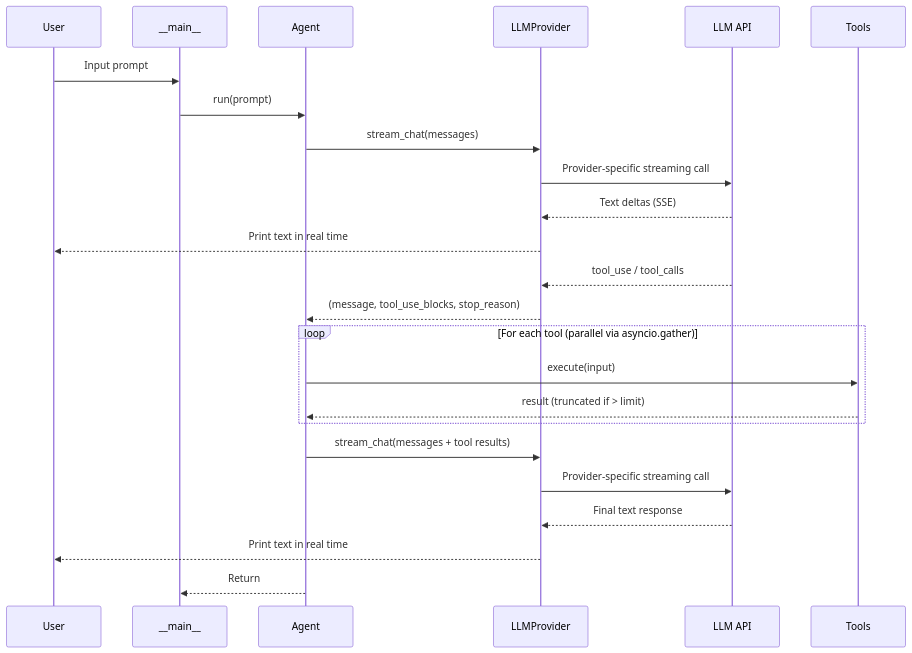
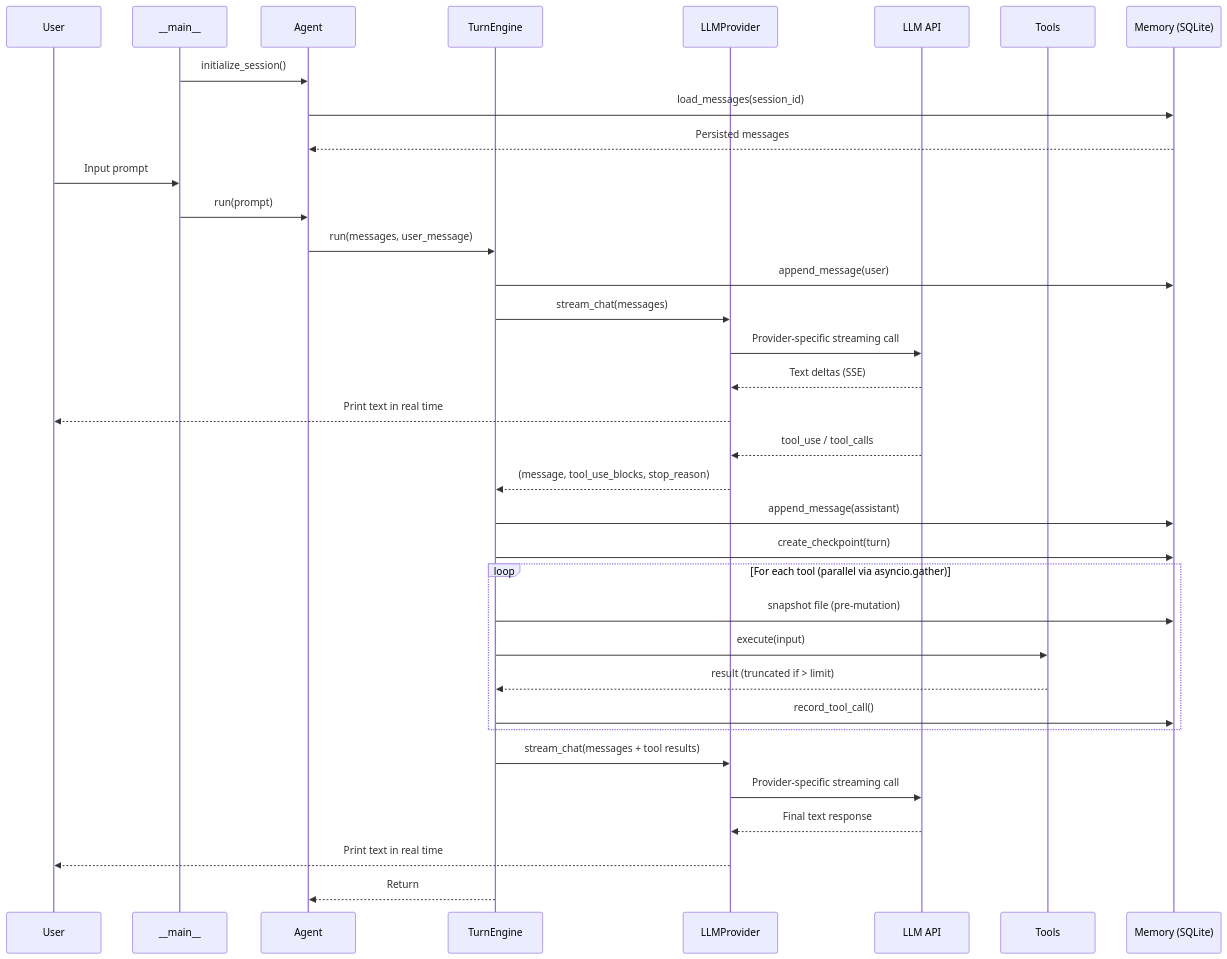
One commit to StephenDenisEdwards/micro-x-agent-loop-python changed the third of 3 diagrams in documentation/docs/architecture/SAD.md. Above: the diagram before and after it, drawn with Mermaid. The commit also changed other lines of this file and 2 other files, not shown here.

First line of the commit message:
docs: add memory system design doc, update tool system and SAD for current architecture

````diff
--- a/documentation/docs/architecture/SAD.md
+++ b/documentation/docs/architecture/SAD.md
@@ -147,29 +193,42 @@
 ```mermaid
 sequenceDiagram
     participant U as User
     participant M as __main__
     participant A as Agent
+    participant TE as TurnEngine
     participant P as LLMProvider
     participant API as LLM API
     participant T as Tools
+    participant Mem as Memory (SQLite)
+
+    M->>A: initialize_session()
+    A->>Mem: load_messages(session_id)
+    Mem-->>A: Persisted messages
 
     U->>M: Input prompt
     M->>A: run(prompt)
-    A->>P: stream_chat(messages)
+    A->>TE: run(messages, user_message)
+    TE->>Mem: append_message(user)
+    TE->>P: stream_chat(messages)
     P->>API: Provider-specific streaming call
     API-->>P: Text deltas (SSE)
     P-->>U: Print text in real time
     API-->>P: tool_use / tool_calls
-    P-->>A: (message, tool_use_blocks, stop_reason)
+    P-->>TE: (message, tool_use_blocks, stop_reason)
+    TE->>Mem: append_message(assistant)
+
+    TE->>Mem: create_checkpoint(turn)
 
     loop For each tool (parallel via asyncio.gather)
-        A->>T: execute(input)
-        T-->>A: result (truncated if > limit)
+        TE->>Mem: snapshot file (pre-mutation)
+        TE->>T: execute(input)
+        T-->>TE: result (truncated if > limit)
+        TE->>Mem: record_tool_call()
     end
 
-    A->>P: stream_chat(messages + tool results)
+    TE->>P: stream_chat(messages + tool results)
     P->>API: Provider-specific streaming call
     API-->>P: Final text response
     P-->>U: Print text in real time
-    A-->>M: Return
+    TE-->>A: Return
 ```
````
